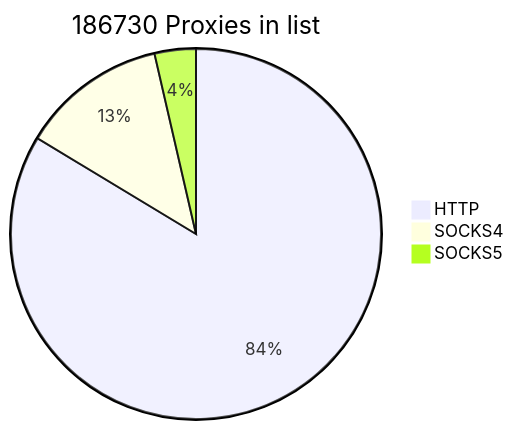
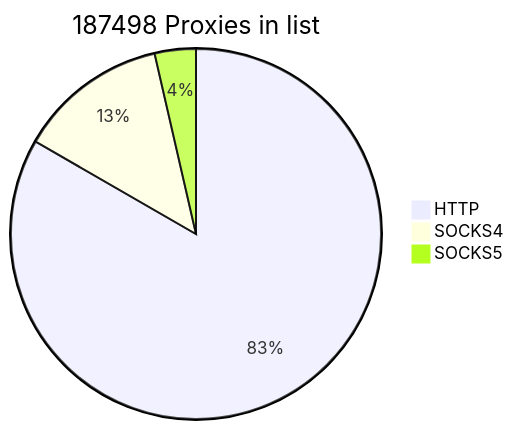
One commit to cutipu/proxylist changed the first of 2 diagrams in README.md. Above: the diagram before and after it, drawn with Mermaid. The commit also changed other lines of this file, not shown here.

````diff
--- a/README.md
+++ b/README.md
@@ -2,7 +2,7 @@
 ```mermaid
-pie title 186730 Proxies in list
-    "HTTP" : 156193
-    "SOCKS4" : 23811
-    "SOCKS5" : 6726
+pie title 187498 Proxies in list
+    "HTTP" : 156223
+    "SOCKS4" : 24542
+    "SOCKS5" : 6733
             
 ```
````
